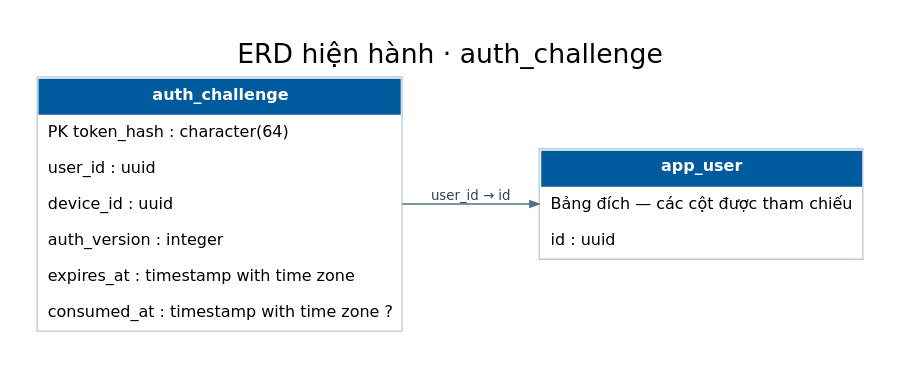
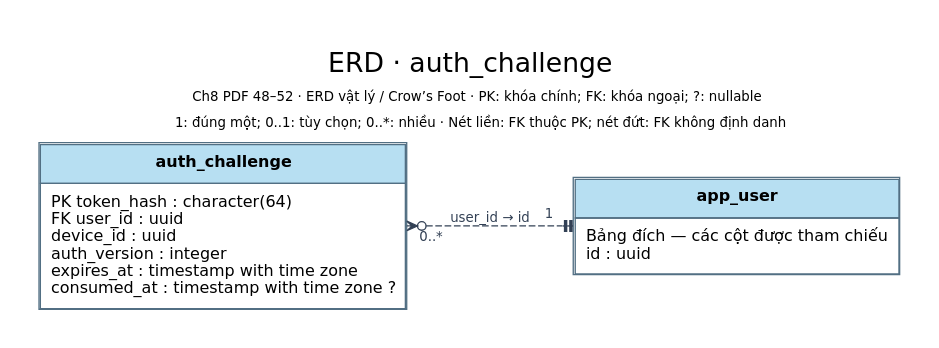
Before and after one commit to TEAM-DEV-FIVE/WMS_BA_2_0: the diagram in 03_So_do/Hien_hanh/dot/ERD_auth_challenge.dot, drawn with Graphviz. The commit also changed 295 other files, not shown here.

Commit message:
docs: align current diagrams with BA notation and streamline READMEs

```diff
--- a/03_So_do/Hien_hanh/dot/ERD_auth_challenge.dot
+++ b/03_So_do/Hien_hanh/dot/ERD_auth_challenge.dot
@@ -1,9 +1,9 @@
 digraph WMS {
-graph [rankdir=LR, bgcolor="white", nodesep=.32, ranksep=.6, pad=.28];
+graph [rankdir=LR, bgcolor="white", nodesep=.5, ranksep=.9, pad=.3];
 node [shape=plain, fontname="DejaVu Sans", fontsize=12];
-edge [fontname="DejaVu Sans", fontsize=10, color="#567086", fontcolor="#334155", arrowsize=.7];
-label="ERD hiện hành · auth_challenge"; labelloc=t; fontname="DejaVu Sans"; fontsize=20;
-"auth_challenge" [label=<<TABLE BORDER="1" CELLBORDER="0" CELLSPACING="0" CELLPADDING="7" COLOR="#b7c9da"><TR><TD BGCOLOR="#005b9e"><FONT COLOR="white"><B>auth_challenge</B></FONT></TD></TR><TR><TD ALIGN="LEFT">PK token_hash : character(64)</TD></TR><TR><TD ALIGN="LEFT">user_id : uuid</TD></TR><TR><TD ALIGN="LEFT">device_id : uuid</TD></TR><TR><TD ALIGN="LEFT">auth_version : integer</TD></TR><TR><TD ALIGN="LEFT">expires_at : timestamp with time zone</TD></TR><TR><TD ALIGN="LEFT">consumed_at : timestamp with time zone ?</TD></TR></TABLE>>];
-"app_user" [label=<<TABLE BORDER="1" CELLBORDER="0" CELLSPACING="0" CELLPADDING="7" COLOR="#b7c9da"><TR><TD BGCOLOR="#005b9e"><FONT COLOR="white"><B>app_user</B></FONT></TD></TR><TR><TD ALIGN="LEFT">Bảng đích — các cột được tham chiếu</TD></TR><TR><TD ALIGN="LEFT">id : uuid</TD></TR></TABLE>>];
-"auth_challenge" -> "app_user" [label="user_id → id"];
+edge [fontname="DejaVu Sans", fontsize=10, color="#334155", fontcolor="#334155", arrowsize=.8];
+label=<<TABLE BORDER="0" CELLBORDER="0" CELLPADDING="3"><TR><TD><FONT POINT-SIZE="20">ERD · auth_challenge</FONT></TD></TR><TR><TD><FONT POINT-SIZE="10">Ch8 PDF 48–52 · ERD vật lý / Crow’s Foot · PK: khóa chính; FK: khóa ngoại; ?: nullable</FONT></TD></TR><TR><TD><FONT POINT-SIZE="10">1: đúng một; 0..1: tùy chọn; 0..*: nhiều · Nét liền: FK thuộc PK; nét đứt: FK không định danh</FONT></TD></TR></TABLE>>; labelloc=t; fontname="DejaVu Sans"; fontsize=16;
+"auth_challenge" [label=<<TABLE BORDER="1" CELLBORDER="1" CELLSPACING="0" CELLPADDING="7" COLOR="#526f83"><TR><TD BGCOLOR="#b7dff2"><B>auth_challenge</B></TD></TR><TR><TD ALIGN="LEFT" BALIGN="LEFT">PK token_hash : character(64)<BR ALIGN="LEFT"/>FK user_id : uuid<BR ALIGN="LEFT"/>device_id : uuid<BR ALIGN="LEFT"/>auth_version : integer<BR ALIGN="LEFT"/>expires_at : timestamp with time zone<BR ALIGN="LEFT"/>consumed_at : timestamp with time zone ?</TD></TR></TABLE>>];
+"app_user" [label=<<TABLE BORDER="1" CELLBORDER="1" CELLSPACING="0" CELLPADDING="7" COLOR="#526f83"><TR><TD BGCOLOR="#b7dff2"><B>app_user</B></TD></TR><TR><TD ALIGN="LEFT" BALIGN="LEFT">Bảng đích — các cột được tham chiếu<BR ALIGN="LEFT"/>id : uuid</TD></TR></TABLE>>];
+"auth_challenge" -> "app_user" [label="user_id → id", dir="both", arrowtail="crowodot", arrowhead="teetee", taillabel="0..*", headlabel="1", labeldistance="2", style="dashed"];
 }
```
